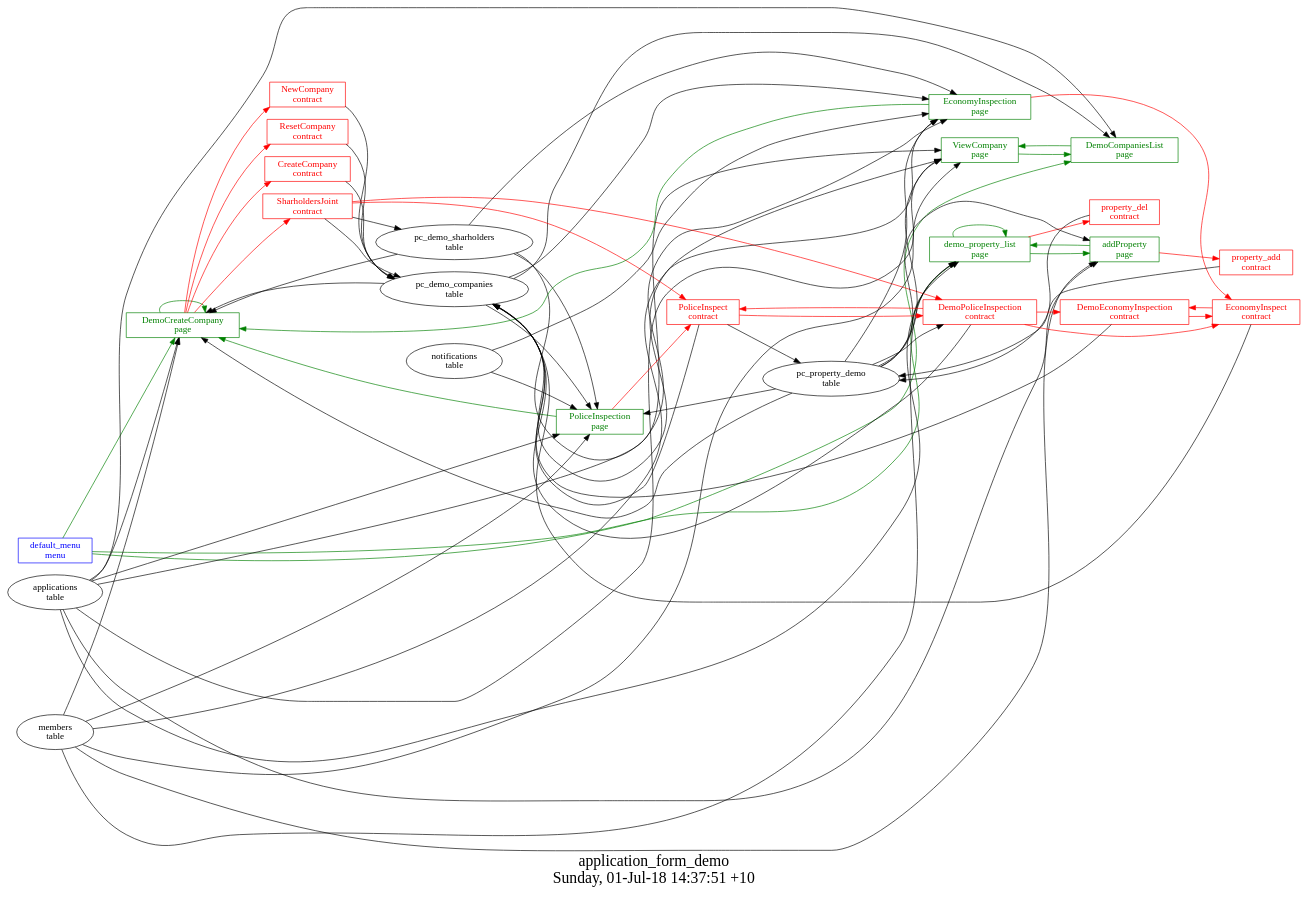
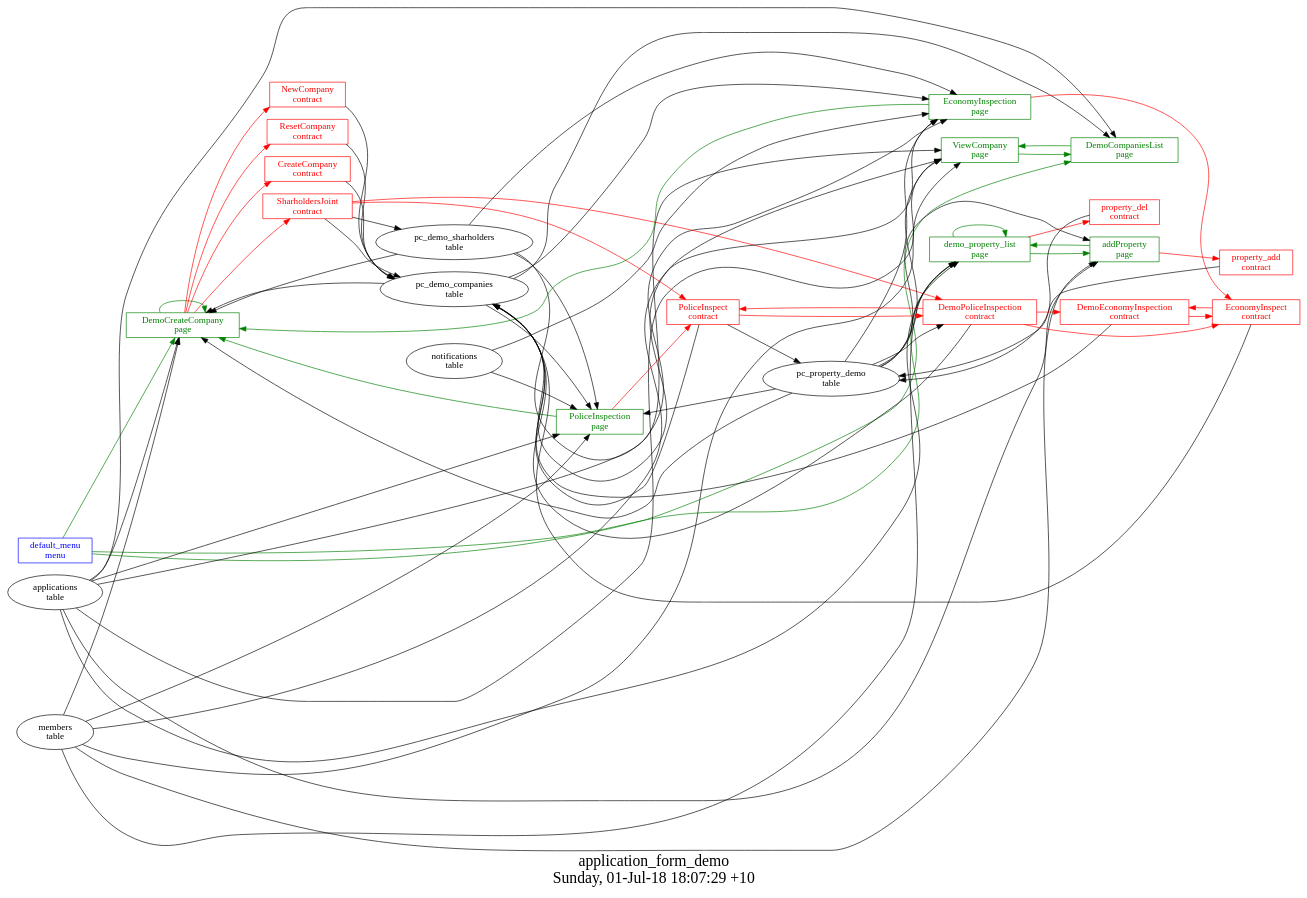
Before and after one commit to AplaProject/apps: the diagram in quick-start/application_form_demo/struct.dot, drawn with Graphviz. The commit also changed 1 other file, not shown here.

Commit message:
application_form

```diff
--- a/quick-start/application_form_demo/struct.dot
+++ b/quick-start/application_form_demo/struct.dot
@@ -1,99 +1,99 @@
 digraph G {
 fontsize="24";
-label="application_form_demo\nSunday, 01-Jul-18 14:37:51 +10";
+label="application_form_demo\nSunday, 01-Jul-18 18:07:29 +10";
 nojustify=true;
 ordering=out;
 rankdir=LR;
 size="30";
 "default_menu\nmenu" -> "DemoCreateCompany\npage"  [ color=green ]
 "default_menu\nmenu" -> "demo_property_list\npage"  [ color=green ]
 "default_menu\nmenu" -> "DemoCompaniesList\npage"  [ color=green ]
 "default_menu\nmenu" [color=blue, fontcolor=blue, group=menus, shape=record];
 "pc_demo_companies\ntable" -> "DemoCompaniesList\npage"
 "applications\ntable" -> "DemoCompaniesList\npage"
 "DemoCompaniesList\npage" -> "ViewCompany\npage"  [ color=green ]
 "DemoCompaniesList\npage" [color=green, fontcolor=green, group=pages, shape=record];
 "DemoCreateCompany\npage" -> "NewCompany\ncontract"  [ color=red ]
 "DemoCreateCompany\npage" -> "ResetCompany\ncontract"  [ color=red ]
 "DemoCreateCompany\npage" -> "CreateCompany\ncontract"  [ color=red ]
 "DemoCreateCompany\npage" -> "SharholdersJoint\ncontract"  [ color=red ]
 "applications\ntable" -> "DemoCreateCompany\npage"
 "pc_demo_companies\ntable" -> "DemoCreateCompany\npage"
 "members\ntable" -> "DemoCreateCompany\npage"
 "pc_demo_sharholders\ntable" -> "DemoCreateCompany\npage"
 "pc_property_demo\ntable" -> "DemoCreateCompany\npage"
 "DemoCreateCompany\npage" -> "DemoCreateCompany\npage"  [ color=green ]
 "DemoCreateCompany\npage" [color=green, fontcolor=green, group=pages, shape=record];
 "EconomyInspection\npage" -> "EconomyInspect\ncontract"  [ color=red ]
 "notifications\ntable" -> "EconomyInspection\npage"
 "pc_demo_companies\ntable" -> "EconomyInspection\npage"
 "pc_property_demo\ntable" -> "EconomyInspection\npage"
 "applications\ntable" -> "EconomyInspection\npage"
 "pc_demo_sharholders\ntable" -> "EconomyInspection\npage"
 "members\ntable" -> "EconomyInspection\npage"
 "EconomyInspection\npage" -> "DemoCreateCompany\npage"  [ color=green ]
 "EconomyInspection\npage" [color=green, fontcolor=green, group=pages, shape=record];
 "PoliceInspection\npage" -> "PoliceInspect\ncontract"  [ color=red ]
 "notifications\ntable" -> "PoliceInspection\npage"
 "pc_demo_companies\ntable" -> "PoliceInspection\npage"
 "pc_property_demo\ntable" -> "PoliceInspection\npage"
 "applications\ntable" -> "PoliceInspection\npage"
 "pc_demo_sharholders\ntable" -> "PoliceInspection\npage"
 "members\ntable" -> "PoliceInspection\npage"
 "PoliceInspection\npage" -> "DemoCreateCompany\npage"  [ color=green ]
 "PoliceInspection\npage" [color=green, fontcolor=green, group=pages, shape=record];
 "pc_demo_companies\ntable" -> "ViewCompany\npage"
 "pc_property_demo\ntable" -> "ViewCompany\npage"
 "applications\ntable" -> "ViewCompany\npage"
 "pc_demo_sharholders\ntable" -> "ViewCompany\npage"
 "members\ntable" -> "ViewCompany\npage"
 "ViewCompany\npage" -> "DemoCompaniesList\npage"  [ color=green ]
 "ViewCompany\npage" [color=green, fontcolor=green, group=pages, shape=record];
 "addProperty\npage" -> "property_add\ncontract"  [ color=red ]
 "applications\ntable" -> "addProperty\npage"
 "pc_property_demo\ntable" -> "addProperty\npage"
 "members\ntable" -> "addProperty\npage"
 "addProperty\npage" -> "demo_property_list\npage"  [ color=green ]
 "addProperty\npage" [color=green, fontcolor=green, group=pages, shape=record];
 "demo_property_list\npage" -> "property_del\ncontract"  [ color=red ]
 "pc_property_demo\ntable" -> "demo_property_list\npage"
 "applications\ntable" -> "demo_property_list\npage"
 "members\ntable" -> "demo_property_list\npage"
 "demo_property_list\npage" -> "demo_property_list\npage"  [ color=green ]
 "demo_property_list\npage" -> "addProperty\npage"  [ color=green ]
 "demo_property_list\npage" [color=green, fontcolor=green, group=pages, shape=record];
 "CreateCompany\ncontract" -> "pc_demo_companies\ntable"  [ color="" ]
 "CreateCompany\ncontract" [color=red, fontcolor=red, group=contracts, shape=record];
 "DemoEconomyInspection\ncontract" -> "EconomyInspect\ncontract"  [ color=red ]
 "DemoEconomyInspection\ncontract" -> "pc_demo_companies\ntable"  [ color="" ]
 "DemoEconomyInspection\ncontract" [color=red, fontcolor=red, group=contracts, shape=record];
 "DemoPoliceInspection\ncontract" -> "DemoEconomyInspection\ncontract"  [ color=red ]
 "DemoPoliceInspection\ncontract" -> "EconomyInspect\ncontract"  [ color=red ]
 "DemoPoliceInspection\ncontract" -> "PoliceInspect\ncontract"  [ color=red ]
 "DemoPoliceInspection\ncontract" -> "pc_demo_companies\ntable"  [ color="" ]
 "pc_property_demo\ntable" -> "DemoPoliceInspection\ncontract"
 "DemoPoliceInspection\ncontract" [color=red, fontcolor=red, group=contracts, shape=record];
 "EconomyInspect\ncontract" -> "DemoEconomyInspection\ncontract"  [ color=red ]
 "EconomyInspect\ncontract" -> "pc_demo_companies\ntable"  [ color="" ]
 "EconomyInspect\ncontract" [color=red, fontcolor=red, group=contracts, shape=record];
 "NewCompany\ncontract" -> "pc_demo_companies\ntable"  [ color="" ]
 "NewCompany\ncontract" [color=red, fontcolor=red, group=contracts, shape=record];
 "PoliceInspect\ncontract" -> "DemoPoliceInspection\ncontract"  [ color=red ]
 "PoliceInspect\ncontract" -> "pc_demo_companies\ntable"  [ color="" ]
 "PoliceInspect\ncontract" -> "pc_property_demo\ntable"  [ color="" ]
 "PoliceInspect\ncontract" [color=red, fontcolor=red, group=contracts, shape=record];
 "ResetCompany\ncontract" -> "pc_demo_companies\ntable"  [ color="" ]
 "ResetCompany\ncontract" [color=red, fontcolor=red, group=contracts, shape=record];
 "SharholdersJoint\ncontract" -> "DemoPoliceInspection\ncontract"  [ color=red ]
 "SharholdersJoint\ncontract" -> "PoliceInspect\ncontract"  [ color=red ]
 "SharholdersJoint\ncontract" -> "pc_demo_sharholders\ntable"  [ color="" ]
 "SharholdersJoint\ncontract" -> "pc_demo_companies\ntable"  [ color="" ]
 "SharholdersJoint\ncontract" [color=red, fontcolor=red, group=contracts, shape=record];
 "property_add\ncontract" -> "pc_property_demo\ntable"  [ color="" ]
 "property_add\ncontract" [color=red, fontcolor=red, group=contracts, shape=record];
 "property_del\ncontract" -> "pc_property_demo\ntable"  [ color="" ]
 "property_del\ncontract" [color=red, fontcolor=red, group=contracts, shape=record];
 "pc_demo_companies\ntable" [color="", fontcolor="", group=tables, shape=""];
 "pc_demo_sharholders\ntable" [color="", fontcolor="", group=tables, shape=""];
 "pc_property_demo\ntable" [color="", fontcolor="", group=tables, shape=""];
 }
```
